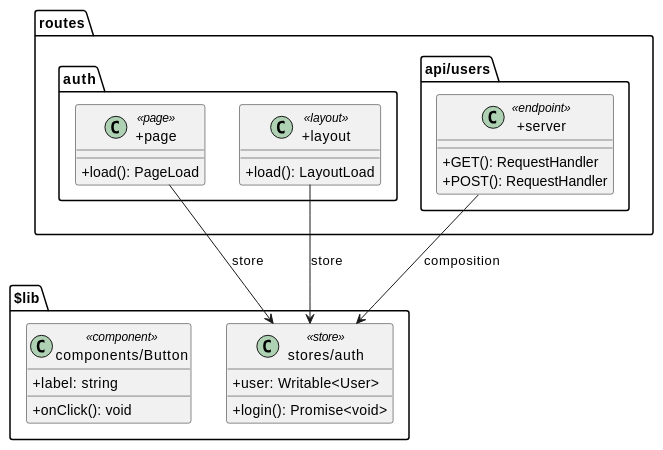
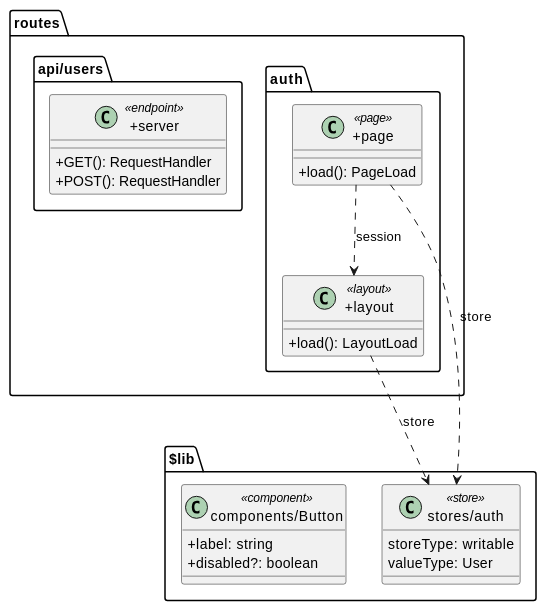
Before and after one commit to Jonathangadeaharder/svelteuml: the second of 2 diagrams in README.md, drawn with PlantUML. The commit also changed other lines of this file, not shown here.

````diff
--- a/README.md
+++ b/README.md
@@ -153,37 +251,37 @@
 ```plantuml
-@startuml
+@startuml Diagram
 skinparam classAttributeIconSize 0
 
 package "routes" {
   package "(auth)" {
     class "+page" <<page>> {
       +load(): PageLoad
     }
     class "+layout" <<layout>> {
       +load(): LayoutLoad
     }
   }
   package "api/users" {
     class "+server" <<endpoint>> {
       +GET(): RequestHandler
       +POST(): RequestHandler
     }
   }
 }
 
 package "$lib" {
   class "stores/auth" <<store>> {
-    +user: Writable<User>
-    +login(): Promise<void>
+    storeType: writable
+    valueType: User
   }
   class "components/Button" <<component>> {
     +label: string
-    +onClick(): void
+    +disabled?: boolean
   }
 }
 
-"+page" --> "stores/auth" : store
-"+layout" --> "stores/auth" : store
-"+server" --> "stores/auth" : composition
+"+page" ..> "stores/auth" : store
+"+layout" ..> "stores/auth" : store
+"+page" ..> "+layout" : session
 @enduml
 ```
````
